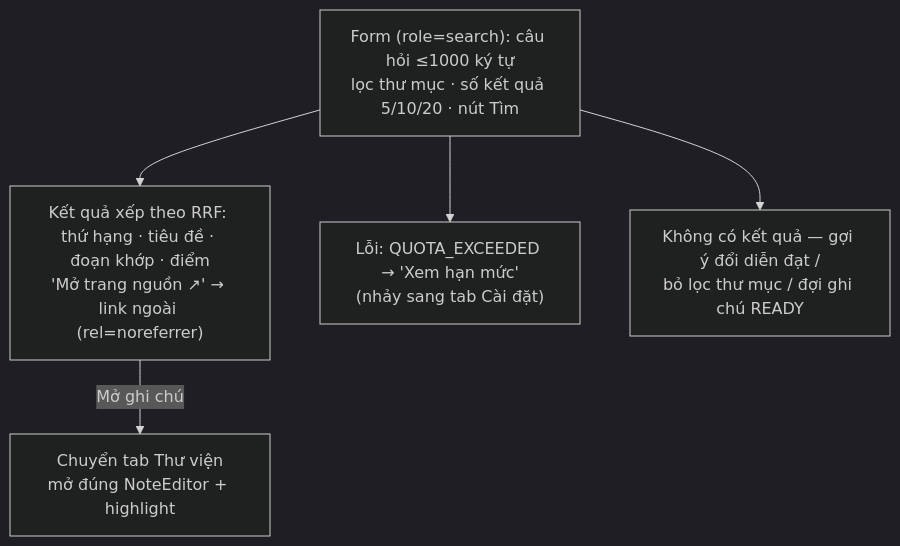
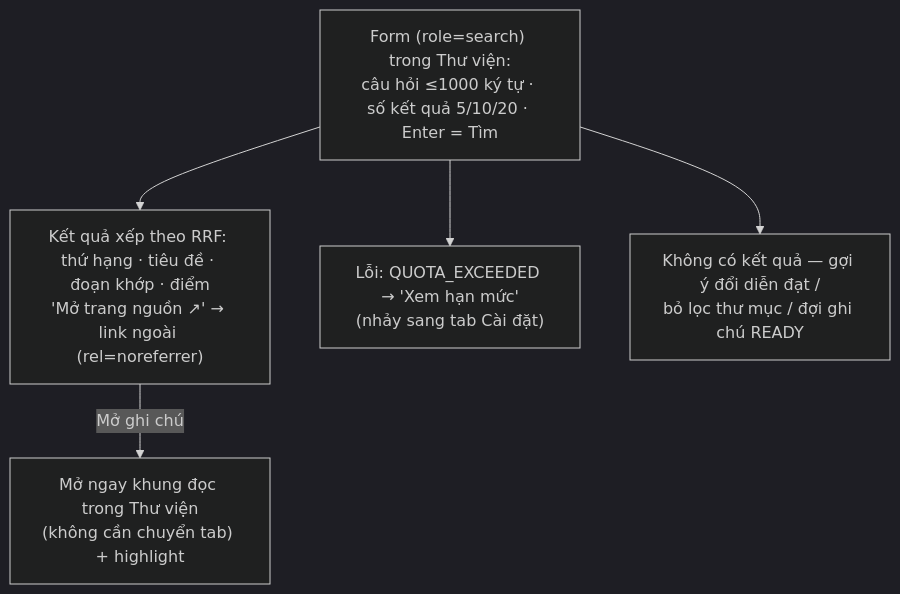
Before and after one commit to watashiwalds/quick-assist-ext: the fourth of 9 diagrams in docs/ux/ui-map.md, drawn with Mermaid (dark theme). The commit also changed other lines of this file and 13 other files, not shown here.

Commit message:
ui enhancement: merge "Search" tab to "Library" search bar, keep legacy as optional tab in Setting

````diff
--- a/docs/ux/ui-map.md
+++ b/docs/ux/ui-map.md
@@ -76,7 +82,7 @@
 ```mermaid
 flowchart TB
-    FORM["Form (role=search): câu hỏi ≤1000 ký tự<br/>lọc thư mục · số kết quả 5/10/20 · nút Tìm"] --> HITS
+    FORM["Form (role=search) trong Thư viện:<br/>câu hỏi ≤1000 ký tự · số kết quả 5/10/20 · Enter = Tìm"] --> HITS
     FORM --> ERR["Lỗi: QUOTA_EXCEEDED → 'Xem hạn mức'<br/>(nhảy sang tab Cài đặt)"]
     FORM --> EMPTY["Không có kết quả — gợi ý đổi diễn đạt /<br/>bỏ lọc thư mục / đợi ghi chú READY"]
-    HITS["Kết quả xếp theo RRF: thứ hạng · tiêu đề · đoạn khớp · điểm<br/>'Mở trang nguồn ↗' → link ngoài (rel=noreferrer)"] -->|Mở ghi chú| OPEN["Chuyển tab Thư viện<br/>mở đúng NoteEditor + highlight"]
+    HITS["Kết quả xếp theo RRF: thứ hạng · tiêu đề · đoạn khớp · điểm<br/>'Mở trang nguồn ↗' → link ngoài (rel=noreferrer)"] -->|Mở ghi chú| OPEN["Mở ngay khung đọc trong Thư viện<br/>(không cần chuyển tab) + highlight"]
 ```
````
